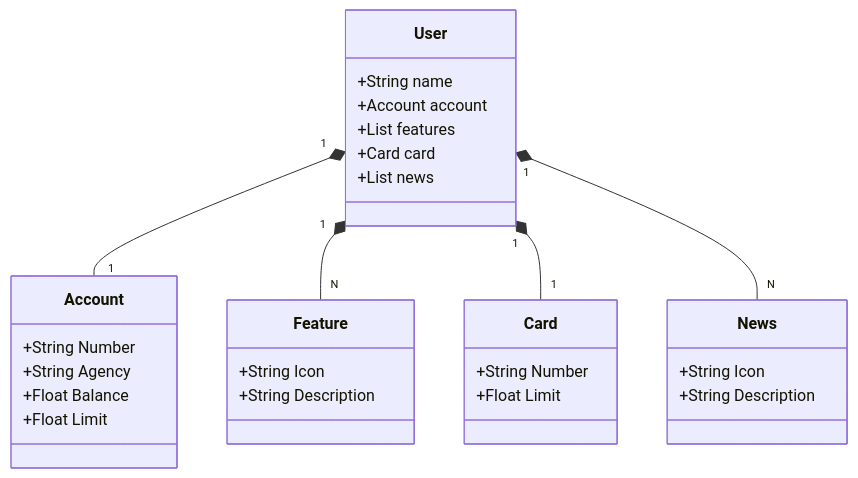
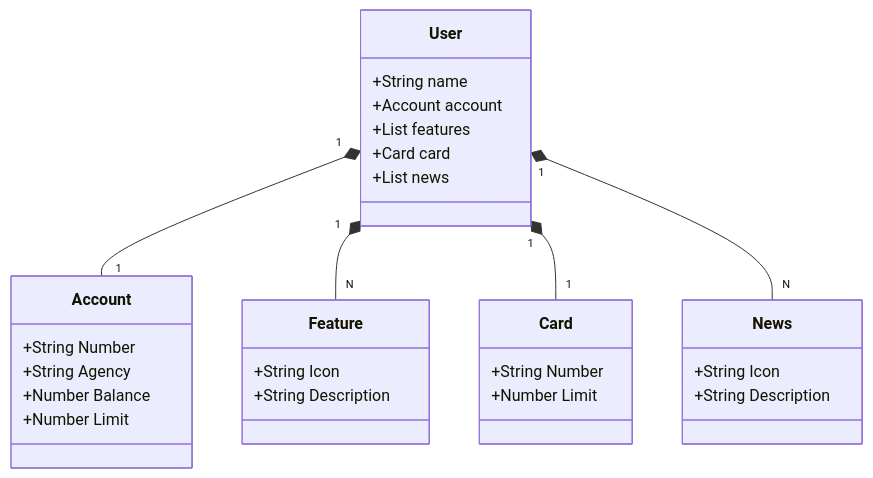
Before and after one commit to GilsonCoelho/banco-api: the diagram in README.md, drawn with Mermaid.

````diff
--- a/README.md
+++ b/README.md
@@ -6,38 +6,38 @@
 ```mermaid 
 classDiagram
     class User {
         +String name
         +Account account
         +List<Feature> features
         +Card card
         +List<News> news
     }
 
     class Account {
         +String Number
         +String Agency
-        +Float Balance
-        +Float Limit
+        +Number Balance
+        +Number Limit
     }
 
     class Feature {
         +String Icon
         +String Description
     }
 
     class Card {
         +String Number
-        +Float Limit
+        +Number Limit
     }
 
     class News {
         +String Icon
         +String Description
     }
 
     User "1" *--  "1" Account
     User "1" *--  "N" Feature
     User "1" *--  "1" Card
     User "1" *--  "N" News
 
 ```
````
